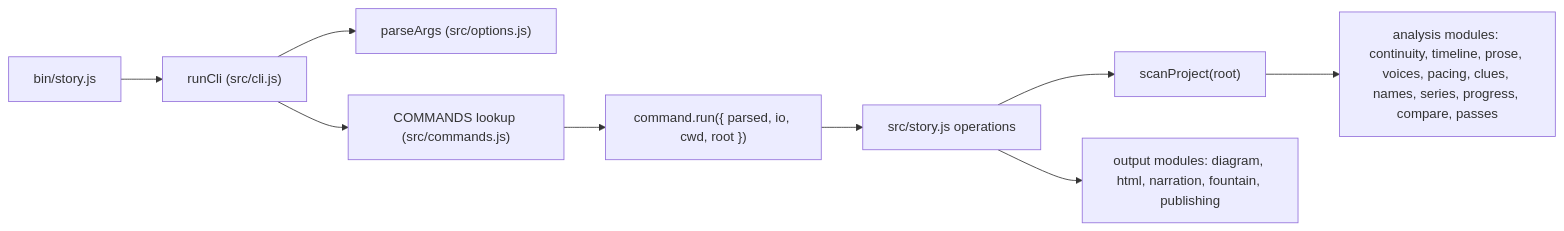
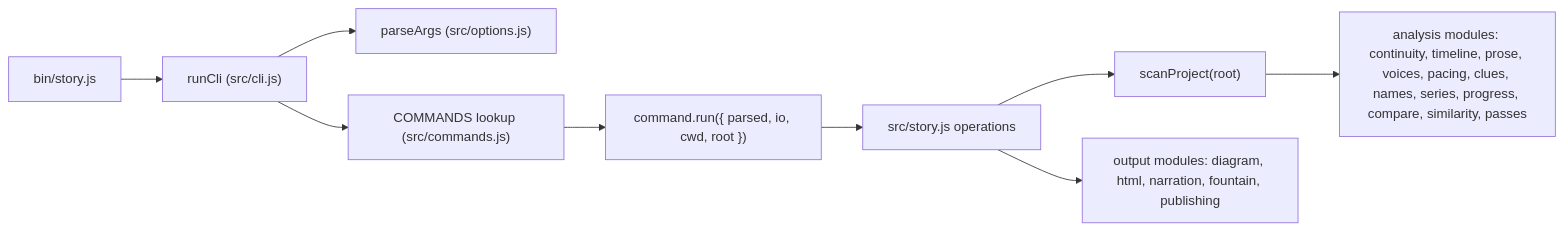
Before and after one commit to cateyephotos/story-skills: the diagram in docs/development.md, drawn with Mermaid. The commit also changed other lines of this file and 20 other files, not shown here.

````diff
--- a/docs/development.md
+++ b/docs/development.md
@@ -98,11 +98,11 @@
 ```mermaid
 flowchart LR
   A["bin/story.js"] --> B["runCli (src/cli.js)"]
   B --> C["parseArgs (src/options.js)"]
   B --> D["COMMANDS lookup (src/commands.js)"]
   D --> E["command.run({ parsed, io, cwd, root })"]
   E --> F["src/story.js operations"]
   F --> G["scanProject(root)"]
-  G --> H["analysis modules: continuity, timeline, prose, voices, pacing, clues, names, series, progress, compare, passes"]
+  G --> H["analysis modules: continuity, timeline, prose, voices, pacing, clues, names, series, progress, compare, similarity, passes"]
   F --> I["output modules: diagram, html, narration, fountain, publishing"]
 ```
````
